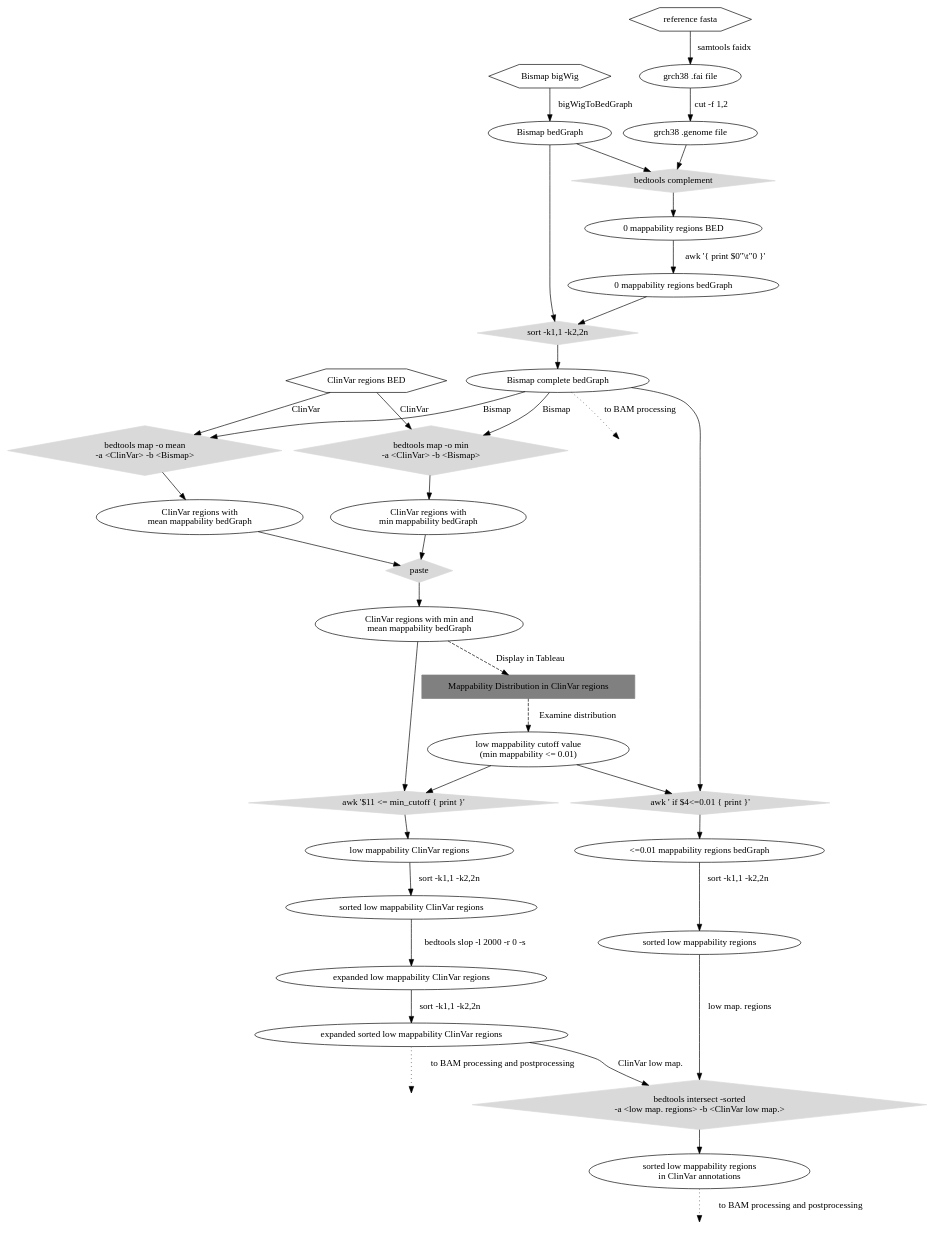
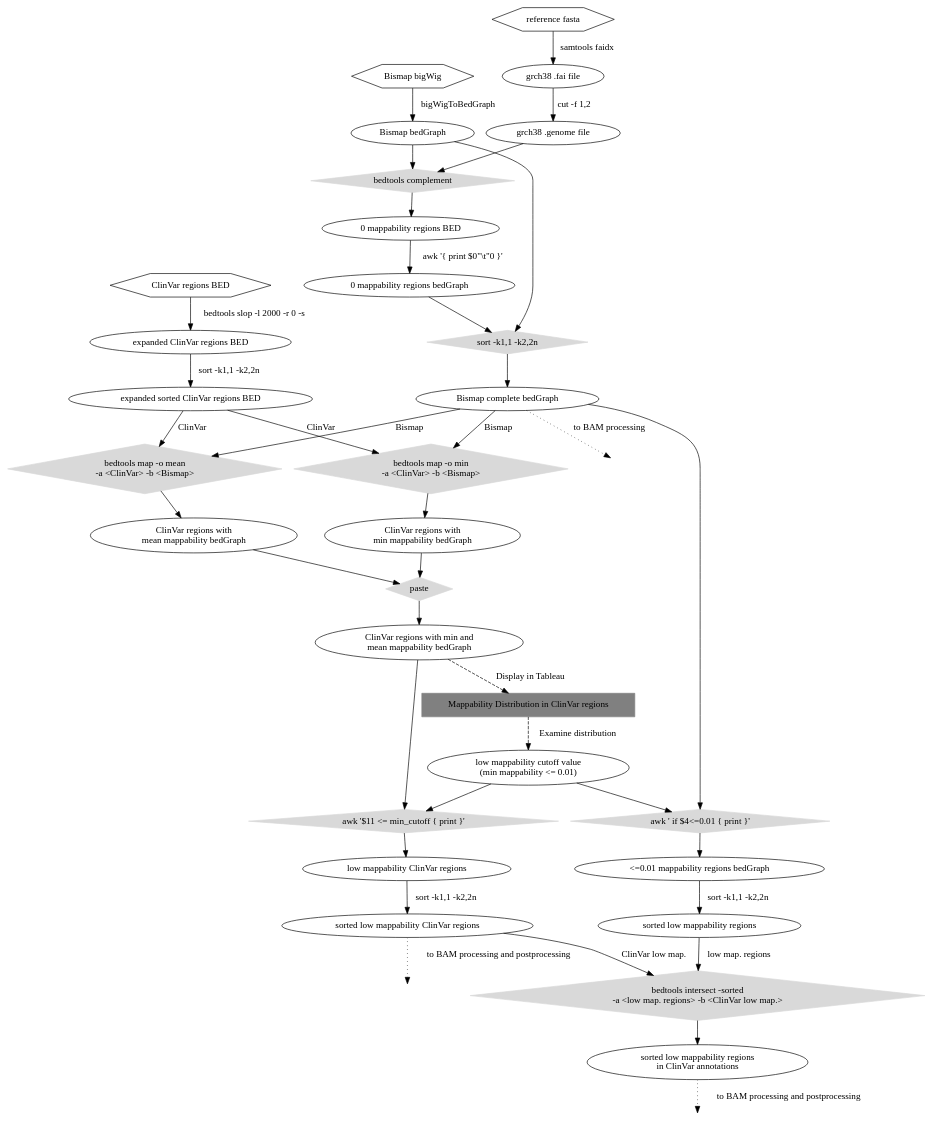
Before and after one commit to nebiolabs/low_bismap_methyl_calls: the diagram in methylation workflow preproc.dot, drawn with Graphviz. The commit also changed 15 other files, not shown here.

```diff
--- a/methylation workflow preproc.dot
+++ b/methylation workflow preproc.dot
@@ -1,102 +1,102 @@
 digraph workflow {
 
 
 	"ClinVar regions BED" [shape=hexagon];
 
 	"grch38 fasta 2" [shape=hexagon, label="reference fasta"];
 
 	"Bismap bedGraph" -> "sort -k1,1 -k2,2n_again";
 
 	"sort -k1,1 -k2,2n_again" -> "Bismap complete bedGraph"
 
 	"Bismap complete bedGraph";
 
 	"Bismap complete bedGraph" -> "BAM_PROC_1" [label="to BAM processing", style=dotted];
 
 	"BAM_PROC_1" [style=invis];
 
 	"sort -k1,1 -k2,2n_again" [shape=diamond,  color=gray85, style=filled, label="sort -k1,1 -k2,2n"];
 
 	"0 mappability regions bedGraph" -> "sort -k1,1 -k2,2n_again";
 
 	"Bismap bigWig" [shape=hexagon]; 
 	"Bismap bigWig" -> "Bismap bedGraph" [label="bigWigToBedGraph"];
 
 	"bedtools map -o min" [shape=diamond,  color=gray85, style=filled, label="bedtools map -o min \n-a <ClinVar> -b <Bismap>"];
-	"ClinVar regions BED" -> "bedtools map -o min" [label="ClinVar"];
+	"expanded sorted ClinVar regions BED" -> "bedtools map -o min" [label="ClinVar"];
 	"Bismap complete bedGraph" -> "bedtools map -o min" [label="Bismap"];
 
 	"bedtools map -o mean" [shape=diamond,  color=gray85, style=filled, label="bedtools map -o mean \n-a <ClinVar> -b <Bismap>"];
-	"ClinVar regions BED" -> "bedtools map -o mean" [label="ClinVar"];
+	"expanded sorted ClinVar regions BED" -> "bedtools map -o mean" [label="ClinVar"];
 	"Bismap complete bedGraph" -> "bedtools map -o mean" [label="Bismap"];
 
 	"bedtools map -o min" -> "ClinVar regions with\n min mappability bedGraph";
 	"bedtools map -o mean" -> "ClinVar regions with\n mean mappability bedGraph";
 
 	"ClinVar regions with\n min mappability bedGraph" -> "paste";
 	"paste" -> "ClinVar regions with min and\n mean mappability bedGraph";
 	"ClinVar regions with\n mean mappability bedGraph" -> "paste";
 	"paste" [shape=diamond,  color=gray85, style=filled];
 
 	"ClinVar regions with min and\n mean mappability bedGraph" -> "Mappability Distribution in ClinVar regions" [style=dashed, label="Display in Tableau"];
 	"Mappability Distribution in ClinVar regions" [shape=box, color=gray, style=filled];
 	"Examine Data" [color=gray, style=invis];
 	"Mappability Distribution in ClinVar regions" -> "low mappability cutoff value\n(min mappability <= 0.01)" [style=dashed, label="Examine distribution"];
 
 	"awk '$11 <= min_cutoff { print }'" [shape=diamond,  color=gray85, style=filled];
 	"low mappability cutoff value\n(min mappability <= 0.01)" -> "awk '$11 <= min_cutoff { print }'";
 	"awk '$11 <= min_cutoff { print }'" -> "low mappability ClinVar regions";
 	"ClinVar regions with min and\n mean mappability bedGraph" -> "awk '$11 <= min_cutoff { print }'";
 
 	"low mappability ClinVar regions" -> "sorted low mappability ClinVar regions" [label="sort -k1,1 -k2,2n"];
 
 	"sorted low mappability ClinVar regions";
 
-	"expanded sorted low mappability ClinVar regions" -> "BAM_PROC_2" [label="to BAM processing and postprocessing", style=dotted];
+	"sorted low mappability ClinVar regions" -> "BAM_PROC_2" [label="to BAM processing and postprocessing", style=dotted];
 
 	"BAM_PROC_2" [style=invis];
 
 	"bedtools complement" [shape=diamond,  color=gray85, style=filled];
 	
 	"Bismap bedGraph" -> "bedtools complement";
 
 	"bedtools complement" -> "0 mappability regions BED";
 
 	"grch38 fasta 2" -> "grch38 .fai file" [label="samtools faidx"];
 
 	"grch38 .fai file" -> "grch38 .genome file" [label="cut -f 1,2"];
 
 	"grch38 .genome file" -> "bedtools complement";
 
 	"awk_again" [shape=diamond,  color=gray85, style=filled, label="awk ' if $4<=0.01 { print }'"];
 
 	"Bismap complete bedGraph" -> "awk_again";
 
 	"low mappability cutoff value\n(min mappability <= 0.01)" -> "awk_again";
 
 	"awk_again" -> "<=0.01 mappability regions bedGraph";
 
 	"0 mappability regions BED" -> "0 mappability regions bedGraph" [label="awk '{ print $0\"\\t\"0 }'"];
 
 	"<=0.01 mappability regions bedGraph" -> "sorted low mappability regions" [label="sort -k1,1 -k2,2n"];
 
 	"bedtools intersect -u_0" [label="bedtools intersect -sorted \n-a <low map. regions> -b <ClinVar low map.>", shape=diamond,  color=gray85, style=filled];
 
 	"sorted low mappability regions" -> "bedtools intersect -u_0" [label="low map. regions"];
 
 	"bedtools intersect -u_0" -> "sorted low mappability regions\nin ClinVar annotations";
 
-	"sorted low mappability ClinVar regions" -> "expanded low mappability ClinVar regions" [label="bedtools slop -l 2000 -r 0 -s"];	
+	"ClinVar regions BED" -> "expanded ClinVar regions BED" [label="bedtools slop -l 2000 -r 0 -s"];	
 
-	"expanded low mappability ClinVar regions" -> "expanded sorted low mappability ClinVar regions" [label="sort -k1,1 -k2,2n"];	
+	"expanded ClinVar regions BED" -> "expanded sorted ClinVar regions BED" [label="sort -k1,1 -k2,2n"];	
 
-	"expanded sorted low mappability ClinVar regions";
+	"sorted low mappability ClinVar regions";
 
 	"sorted low mappability regions\nin ClinVar annotations" -> "BAM_PROC_3" [label="to BAM processing and postprocessing", style=dotted];
 
 	"BAM_PROC_3" [style=invis];
 
-	"expanded sorted low mappability ClinVar regions" -> "bedtools intersect -u_0" [label="ClinVar low map."];
+	"sorted low mappability ClinVar regions" -> "bedtools intersect -u_0" [label="ClinVar low map."];
 
 	
  }
```
